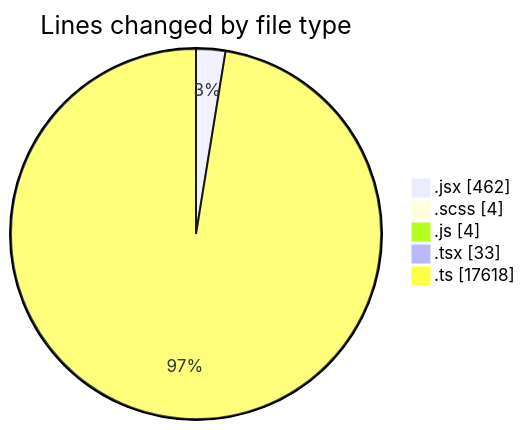
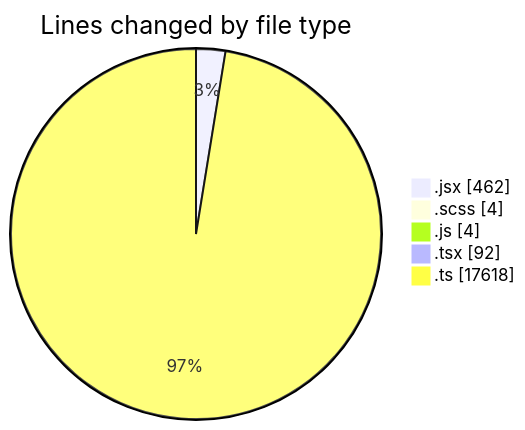
The first of 2 diagrams in 2025-06-04/cda/README.md (momahboobian/code-tracking), drawn with Mermaid before and after one commit. The commit also changed other lines of this file and 1 other file, not shown here.

````diff
--- a/2025-06-04/cda/README.md
+++ b/2025-06-04/cda/README.md
@@ -25,9 +25,9 @@
 ```mermaid
 pie showData
 title Lines changed by file type
 ".jsx" : 462
 ".scss" : 4
 ".js" : 4
-".tsx" : 33
+".tsx" : 92
 ".ts" : 17618
 ```
````
